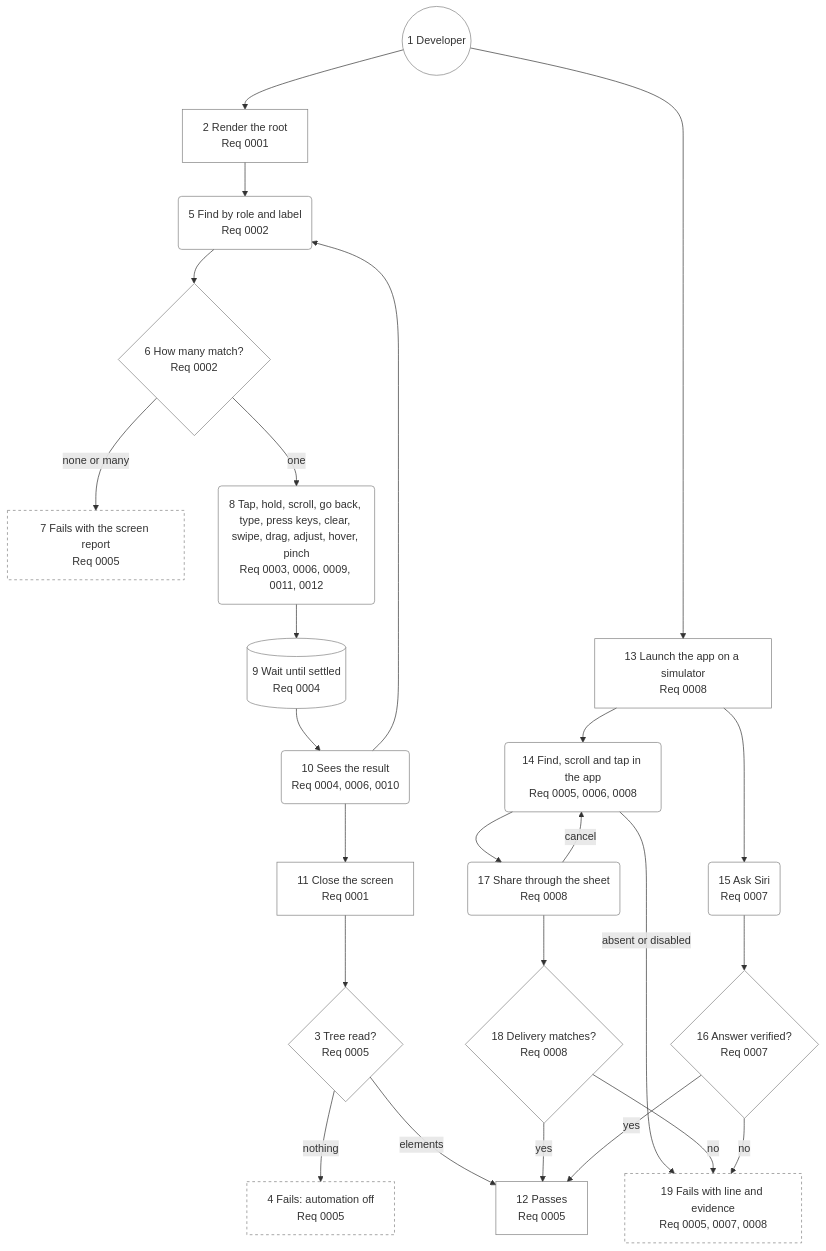
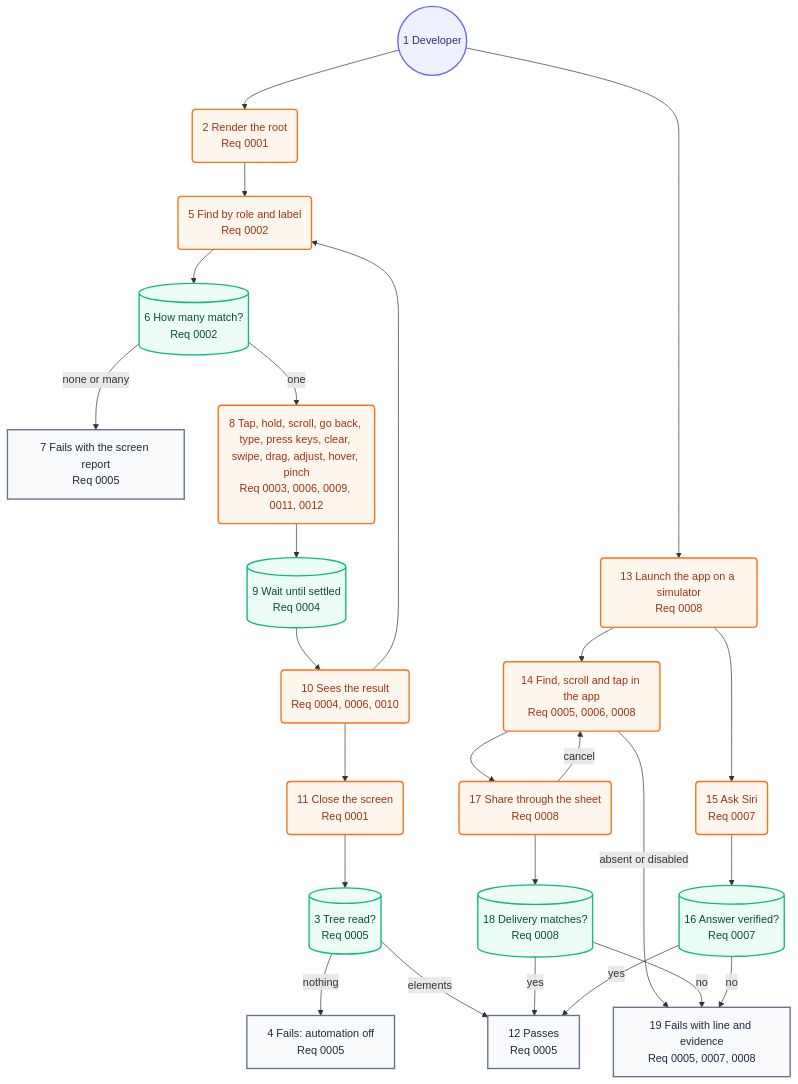
Before and after one commit to may-journal/apple-ui-testing-library: the second of 2 diagrams in docs/architecture/05-user-journey.md, drawn with Mermaid. The commit also changed other lines of this file and 7 other files, not shown here.

First line of the commit message:
docs(architecture): draw each view in the form and palette of its level (#107)

````diff
--- a/docs/architecture/05-user-journey.md
+++ b/docs/architecture/05-user-journey.md
@@ -13,54 +39,52 @@
 ```mermaid
 flowchart TB
     dev((1 Developer)):::persona
-    render[2 Render the root<br/>Req 0001]:::step
-    canary{3 Tree read?<br/>Req 0005}:::check
-    empty[4 Fails: automation off<br/>Req 0005]:::blocked
+    render(2 Render the root<br/>Req 0001):::action
+    canary[(3 Tree read?<br/>Req 0005)]:::system
+    empty[4 Fails: automation off<br/>Req 0005]:::screen
     find(5 Find by role and label<br/>Req 0002):::action
-    match{6 How many match?<br/>Req 0002}:::check
-    missing[7 Fails with the screen report<br/>Req 0005]:::blocked
+    match[(6 How many match?<br/>Req 0002)]:::system
+    missing[7 Fails with the screen report<br/>Req 0005]:::screen
     act(8 Tap, hold, scroll, go back, type, press keys, clear, swipe, drag, adjust, hover, pinch<br/>Req 0003, 0006, 0009, 0011, 0012):::action
     settle[(9 Wait until settled<br/>Req 0004)]:::system
     sees(10 Sees the result<br/>Req 0004, 0006, 0010):::action
-    close[11 Close the screen<br/>Req 0001]:::step
-    passes[12 Passes<br/>Req 0005]:::step
-    launch[13 Launch the app on a simulator<br/>Req 0008]:::step
+    close(11 Close the screen<br/>Req 0001):::action
+    passes[12 Passes<br/>Req 0005]:::screen
+    launch(13 Launch the app on a simulator<br/>Req 0008):::action
     tap(14 Find, scroll and tap in the app<br/>Req 0005, 0006, 0008):::action
     siri(15 Ask Siri<br/>Req 0007):::action
-    answer{16 Answer verified?<br/>Req 0007}:::check
+    answer[(16 Answer verified?<br/>Req 0007)]:::system
     share(17 Share through the sheet<br/>Req 0008):::action
-    delivery{18 Delivery matches?<br/>Req 0008}:::check
-    sysFails[19 Fails with line and evidence<br/>Req 0005, 0007, 0008]:::blocked
+    delivery[(18 Delivery matches?<br/>Req 0008)]:::system
+    sysFails[19 Fails with line and evidence<br/>Req 0005, 0007, 0008]:::screen
 
     dev --> render
     render --> find
     find --> match
     match -->|one| act
     match -->|none or many| missing
     act --> settle
     settle --> sees
     sees --> find
     sees --> close
     close --> canary
     canary -->|nothing| empty
     canary -->|elements| passes
     dev --> launch
     launch --> tap
     launch --> siri
     tap -->|absent or disabled| sysFails
     tap --> share
     share -->|cancel| tap
     share --> delivery
     delivery -->|yes| passes
     delivery -->|no| sysFails
     siri --> answer
     answer -->|yes| passes
     answer -->|no| sysFails
 
-    classDef persona fill:none,stroke:gray
-    classDef step fill:none,stroke:gray
-    classDef action fill:none,stroke:gray
-    classDef check fill:none,stroke:gray
-    classDef system fill:none,stroke:gray
-    classDef blocked fill:none,stroke:gray,stroke-dasharray:4
+    classDef persona fill:#eef2ff,stroke:#6366f1,color:#312e81,stroke-width:2px
+    classDef screen fill:#f8fafc,stroke:#64748b,color:#1e293b,stroke-width:2px
+    classDef action fill:#fff7ed,stroke:#f97316,color:#9a3412,stroke-width:2px
+    classDef system fill:#ecfdf5,stroke:#10b981,color:#064e3b,stroke-width:2px
 ```
````
